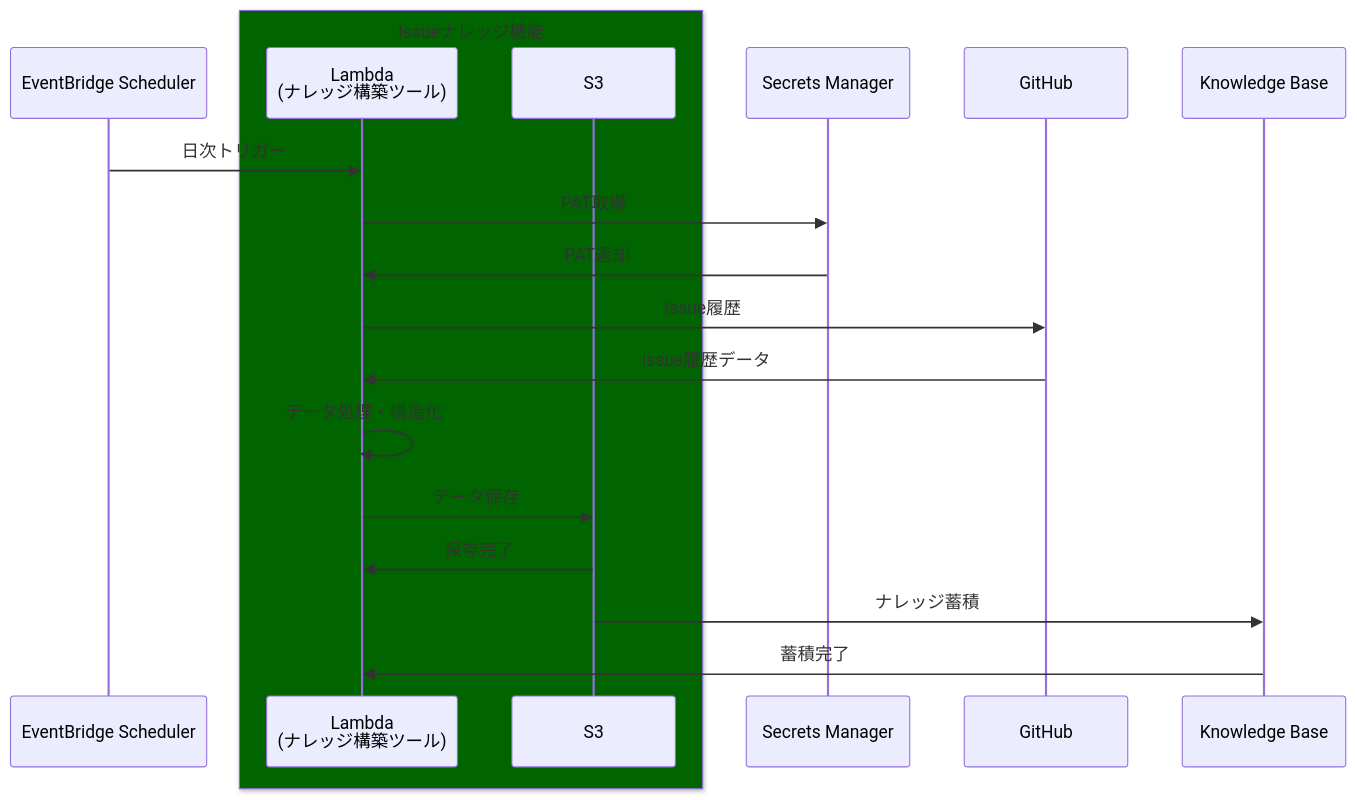
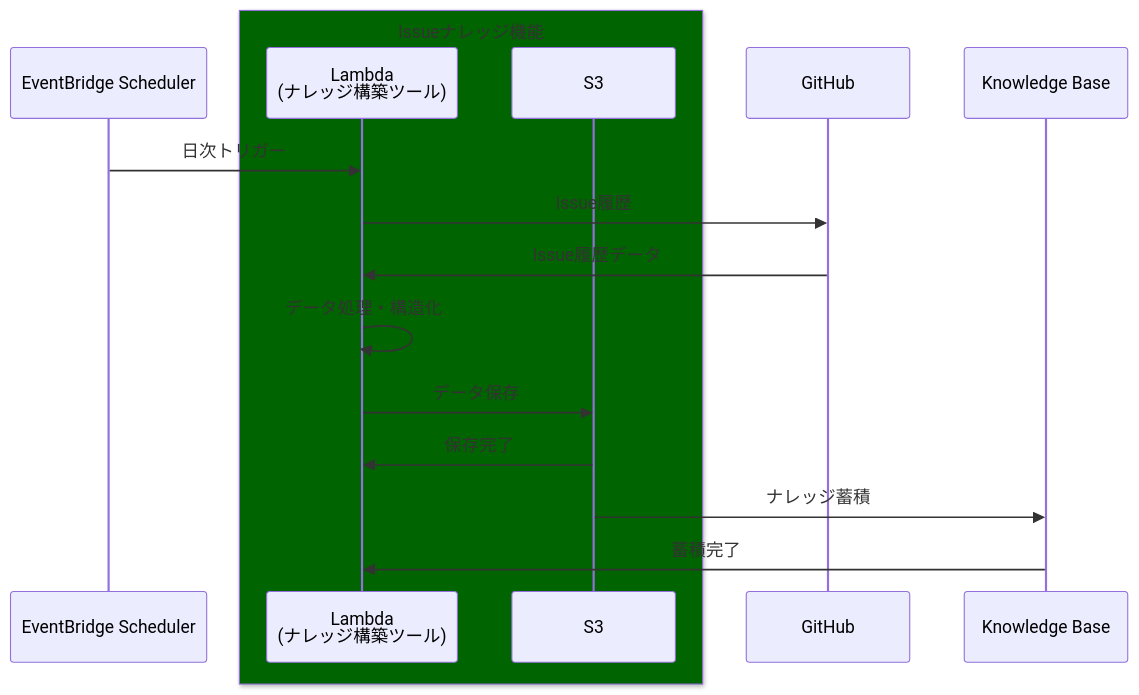
One commit to nangashi/ai-test changed the fourth of 7 diagrams in DESIGN.md. Above: the diagram before and after it, drawn with Mermaid. The commit also changed other lines of this file, not shown here.

````diff
--- a/DESIGN.md
+++ b/DESIGN.md
@@ -132,24 +142,21 @@
 ```mermaid
 sequenceDiagram
     participant ES as EventBridge Scheduler
 
     box darkgreen Issueナレッジ機能
         participant KBT as Lambda<br/>(ナレッジ構築ツール)
         participant S3 as S3
     end
 
-    participant SM as Secrets Manager
     participant GH as GitHub
     participant KB as Knowledge Base
 
     ES->>KBT: 日次トリガー
-    KBT->>SM: PAT取得
-    SM->>KBT: PAT返却
     KBT->>GH: Issue履歴
     GH->>KBT: Issue履歴データ
     KBT->>KBT: データ処理・構造化
     KBT->>S3: データ保存
     S3->>KBT: 保存完了
     S3->>KB: ナレッジ蓄積
     KB->>KBT: 蓄積完了
 ```
````
